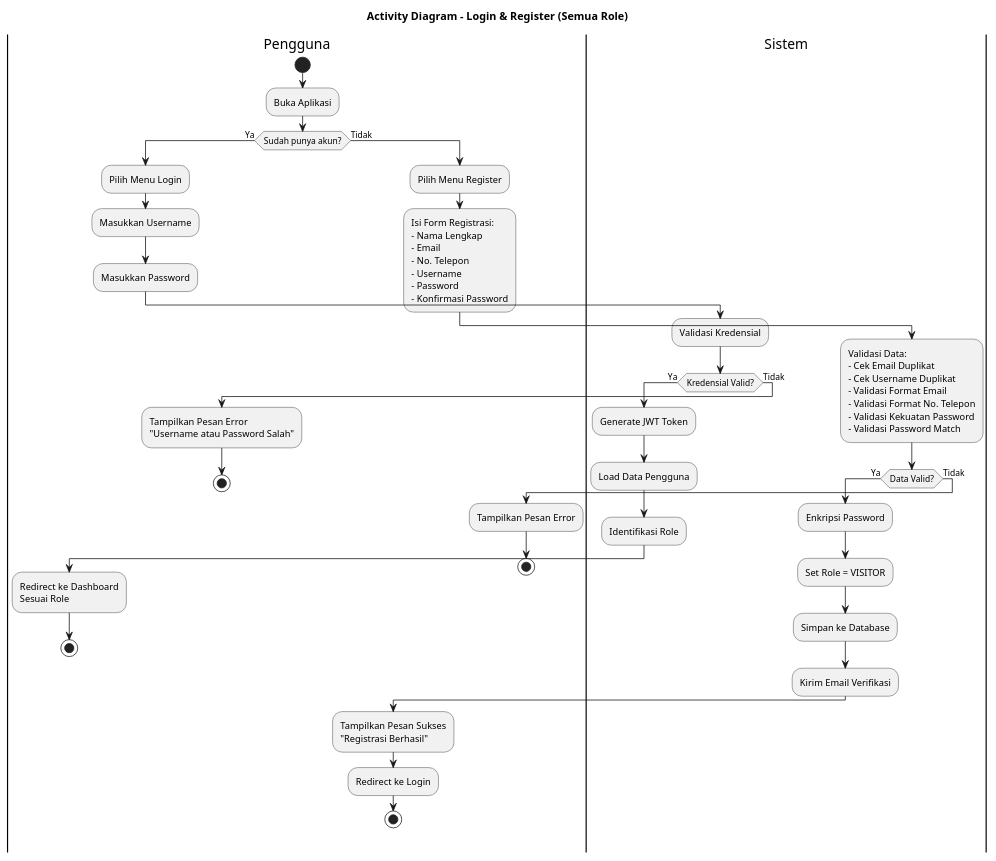
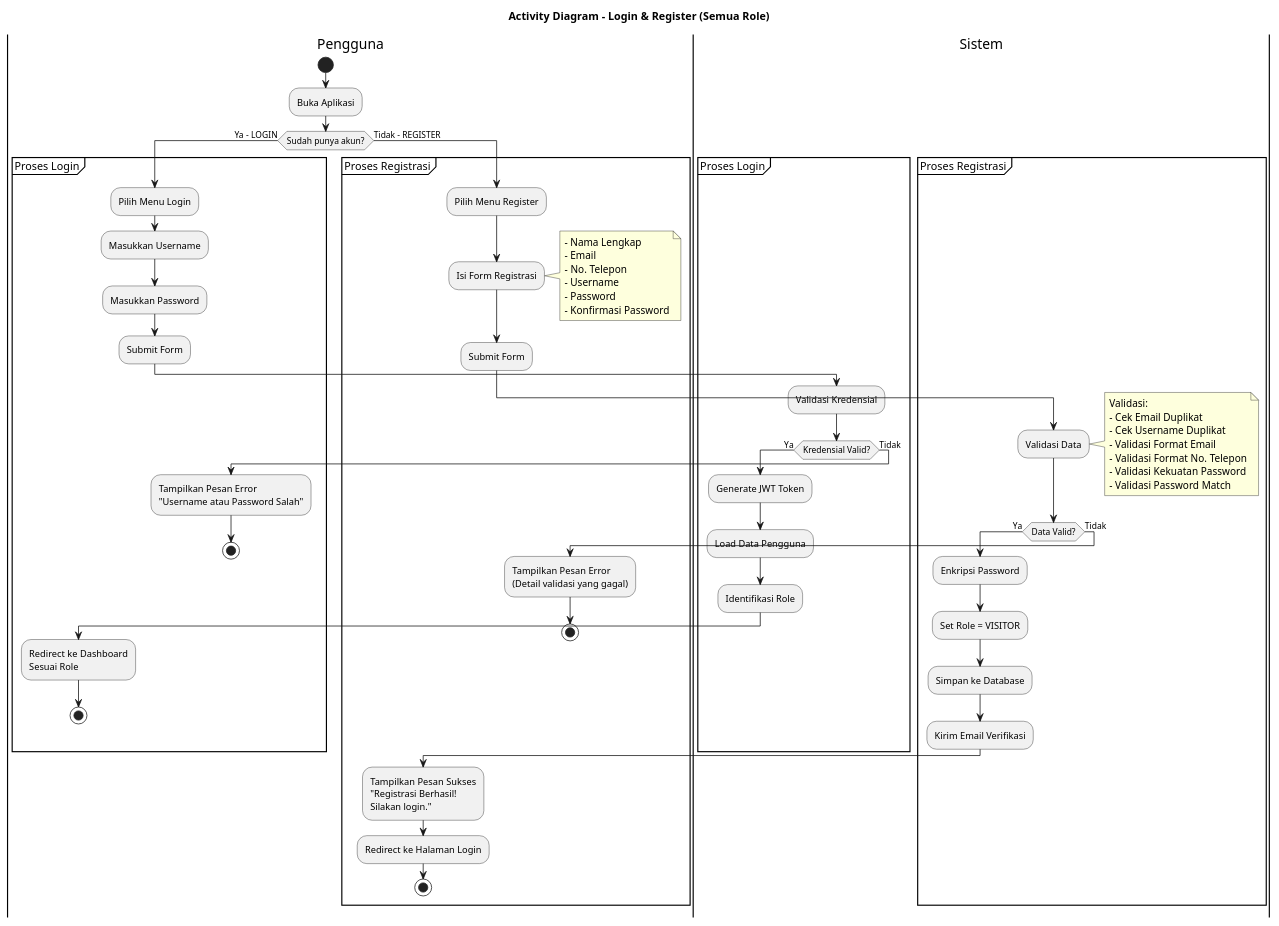
The diagram in docs/activity-diagrams/01-login-register.plantuml (isnaaziz/working-permit-dc), drawn with PlantUML before and after one commit.

Commit message:
feat: Refactor activity diagram for login and registration process for clarity and structure

```diff
--- a/docs/activity-diagrams/01-login-register.plantuml
+++ b/docs/activity-diagrams/01-login-register.plantuml
@@ -1,67 +1,87 @@
 @startuml Login dan Register
 title Activity Diagram - Login & Register (Semua Role)
 
 |Pengguna|
 start
 :Buka Aplikasi;
 
-if (Sudah punya akun?) then (Ya)
-  :Pilih Menu Login;
-  :Masukkan Username;
-  :Masukkan Password;
+if (Sudah punya akun?) then (Ya - LOGIN)
   
-  |Sistem|
-  :Validasi Kredensial;
+  partition "Proses Login" {
+    |Pengguna|
+    :Pilih Menu Login;
+    :Masukkan Username;
+    :Masukkan Password;
+    :Submit Form;
+    
+    |Sistem|
+    :Validasi Kredensial;
+    
+    if (Kredensial Valid?) then (Ya)
+      :Generate JWT Token;
+      :Load Data Pengguna;
+      :Identifikasi Role;
+      
+      |Pengguna|
+      :Redirect ke Dashboard\nSesuai Role;
+      stop
+      
+    else (Tidak)
+      |Pengguna|
+      :Tampilkan Pesan Error\n"Username atau Password Salah";
+      stop
+    endif
+  }
   
-  if (Kredensial Valid?) then (Ya)
-    :Generate JWT Token;
-    :Load Data Pengguna;
-    :Identifikasi Role;
+else (Tidak - REGISTER)
+  
+  partition "Proses Registrasi" {
+    |Pengguna|
+    :Pilih Menu Register;
     
-    |Pengguna|
-    :Redirect ke Dashboard\nSesuai Role;
-    stop
-  else (Tidak)
-    |Pengguna|
-    :Tampilkan Pesan Error\n"Username atau Password Salah";
-    stop
-  endif
+    :Isi Form Registrasi;
+    note right
+      - Nama Lengkap
+      - Email
+      - No. Telepon
+      - Username
+      - Password
+      - Konfirmasi Password
+    end note
+    
+    :Submit Form;
+    
+    |Sistem|
+    :Validasi Data;
+    note right
+      Validasi:
+      - Cek Email Duplikat
+      - Cek Username Duplikat
+      - Validasi Format Email
+      - Validasi Format No. Telepon
+      - Validasi Kekuatan Password
+      - Validasi Password Match
+    end note
+    
+    if (Data Valid?) then (Ya)
+      :Enkripsi Password;
+      :Set Role = VISITOR;
+      :Simpan ke Database;
+      :Kirim Email Verifikasi;
+      
+      |Pengguna|
+      :Tampilkan Pesan Sukses\n"Registrasi Berhasil!\nSilakan login.";
+      
+      :Redirect ke Halaman Login;
+      stop
+      
+    else (Tidak)
+      |Pengguna|
+      :Tampilkan Pesan Error\n(Detail validasi yang gagal);
+      stop
+    endif
+  }
   
-else (Tidak)
-  |Pengguna|
-  :Pilih Menu Register;
-  :Isi Form Registrasi:
-  - Nama Lengkap
-  - Email
-  - No. Telepon
-  - Username
-  - Password
-  - Konfirmasi Password;
-  
-  |Sistem|
-  :Validasi Data:
-  - Cek Email Duplikat
-  - Cek Username Duplikat
-  - Validasi Format Email
-  - Validasi Format No. Telepon
-  - Validasi Kekuatan Password
-  - Validasi Password Match;
-  
-  if (Data Valid?) then (Ya)
-    :Enkripsi Password;
-    :Set Role = VISITOR;
-    :Simpan ke Database;
-    :Kirim Email Verifikasi;
-    
-    |Pengguna|
-    :Tampilkan Pesan Sukses\n"Registrasi Berhasil";
-    :Redirect ke Login;
-    stop
-  else (Tidak)
-    |Pengguna|
-    :Tampilkan Pesan Error;
-    stop
-  endif
 endif
 
 @enduml
```
